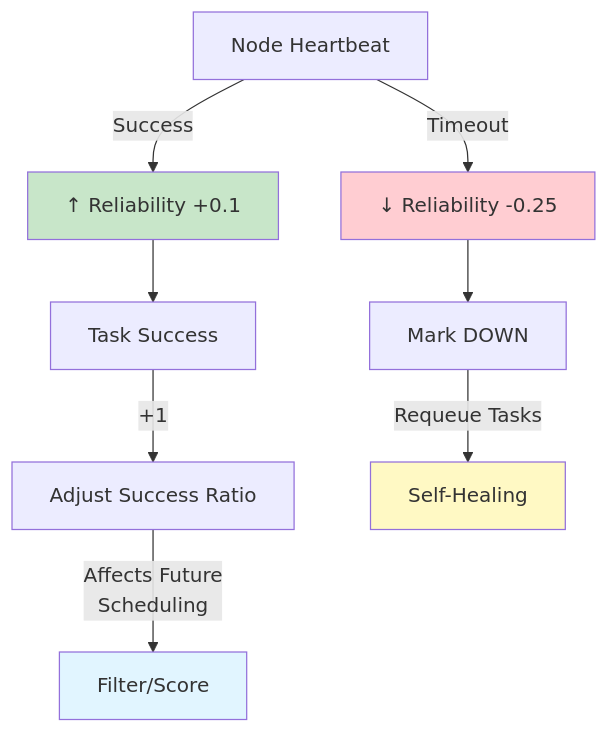
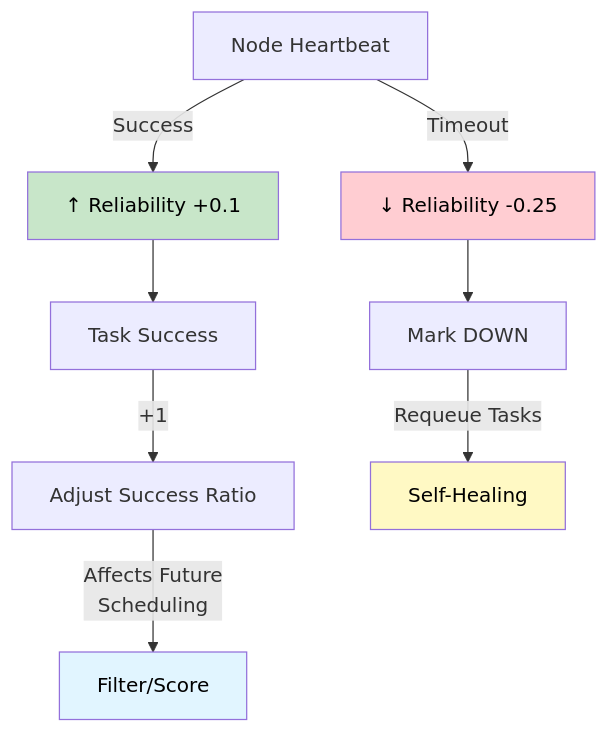
The fourth of 5 diagrams in README.md (Mohi1038/mini-k8s), drawn with Mermaid before and after one commit. The commit also changed other lines of this file, not shown here.

Commit message:
docs: improve diagram readability with black text color

````diff
--- a/README.md
+++ b/README.md
@@ -345,18 +345,18 @@
 ```mermaid
 graph TD
     A["Node Heartbeat"] -->|Success| B["↑ Reliability +0.1"]
     A -->|Timeout| C["↓ Reliability -0.25"]
     
     B --> D["Task Success"]
     D -->|+1| E["Adjust Success Ratio"]
     
     C --> F["Mark DOWN"]
     F -->|Requeue Tasks| G["Self-Healing"]
     
     E -->|Affects Future\nScheduling| H["Filter/Score"]
     
-    style B fill:#c8e6c9
-    style C fill:#ffcdd2
-    style G fill:#fff9c4
-    style H fill:#e1f5ff
+    style B fill:#c8e6c9,color:#000000
+    style C fill:#ffcdd2,color:#000000
+    style G fill:#fff9c4,color:#000000
+    style H fill:#e1f5ff,color:#000000
 ```
````
